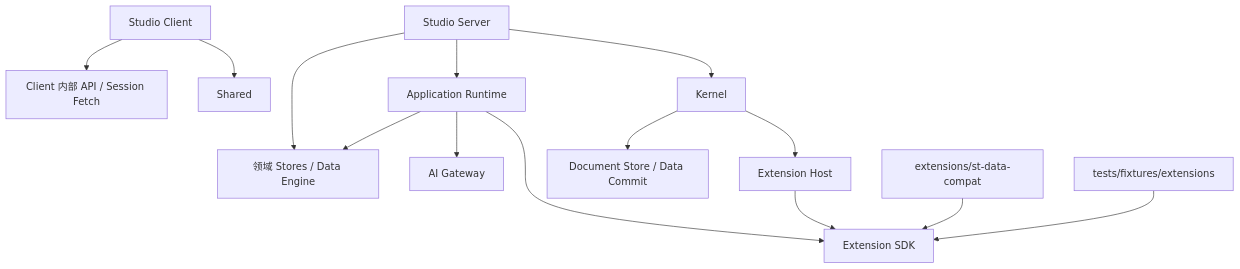
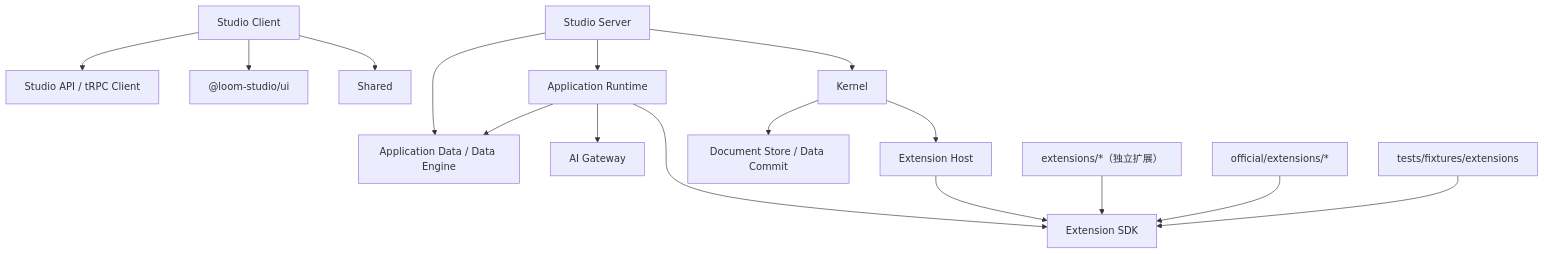
Before and after one commit to The-LoomStudio/LoomStudio: the diagram in docs/workbench/reference/dependency-graph.md, drawn with Mermaid. The commit also changed 103 other files, not shown here.

````diff
--- a/docs/workbench/reference/dependency-graph.md
+++ b/docs/workbench/reference/dependency-graph.md
@@ -9,16 +9,18 @@
 ```mermaid
 flowchart TD
-    Client["Studio Client"] --> Bridge["Client 内部 API / Session Fetch"]
+    Client["Studio Client"] --> Bridge["Studio API / tRPC Client"]
+    Client --> UI["@loom-studio/ui"]
     Client --> Shared["Shared"]
     Server["Studio Server"] --> Runtime["Application Runtime"]
     Server --> Kernel["Kernel"]
-    Server --> Stores["领域 Stores / Data Engine"]
-    Runtime --> Stores
+    Server --> AppData["Application Data / Data Engine"]
+    Runtime --> AppData
     Runtime --> SDK["Extension SDK"]
     Runtime --> Gateway["AI Gateway"]
     Kernel --> Host["Extension Host"]
-    Kernel --> Documents["Document Store / Data Commit" ]
+    Kernel --> Documents["Document Store / Data Commit"]
     Host --> SDK
-    Official["extensions/st-data-compat"] --> SDK
+    StandaloneExt["extensions/*（独立扩展）"] --> SDK
+    OfficialExt["official/extensions/*"] --> SDK
     Fixtures["tests/fixtures/extensions"] --> SDK
 ```
````
